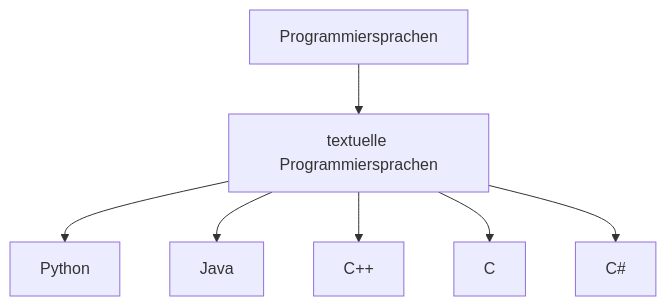
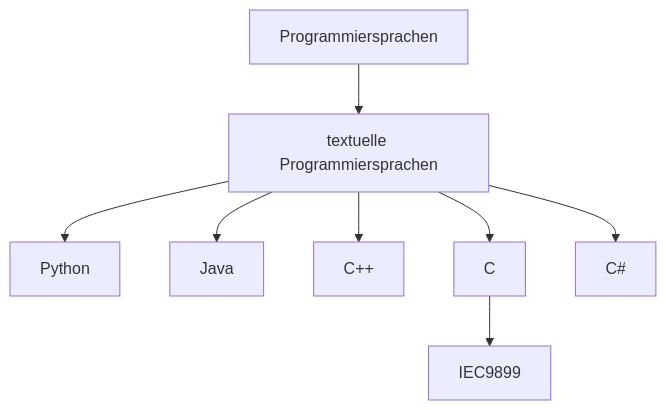
The diagram in docs/Diagramm2.mmd (Meisterschulen-am-Ostbahnhof-Munchen/visual-programming-languages-docs), drawn with Mermaid before and after one commit.

```diff
--- a/docs/Diagramm2.mmd
+++ b/docs/Diagramm2.mmd
@@ -1,7 +1,7 @@
 flowchart TB
 A["Programmiersprachen"] --> B["textuelle Programmiersprachen"]
 B --> Python
 B --> Java
 B --> C++
-B --> C
+B --> C -->IEC9899
 B --> C#
```
